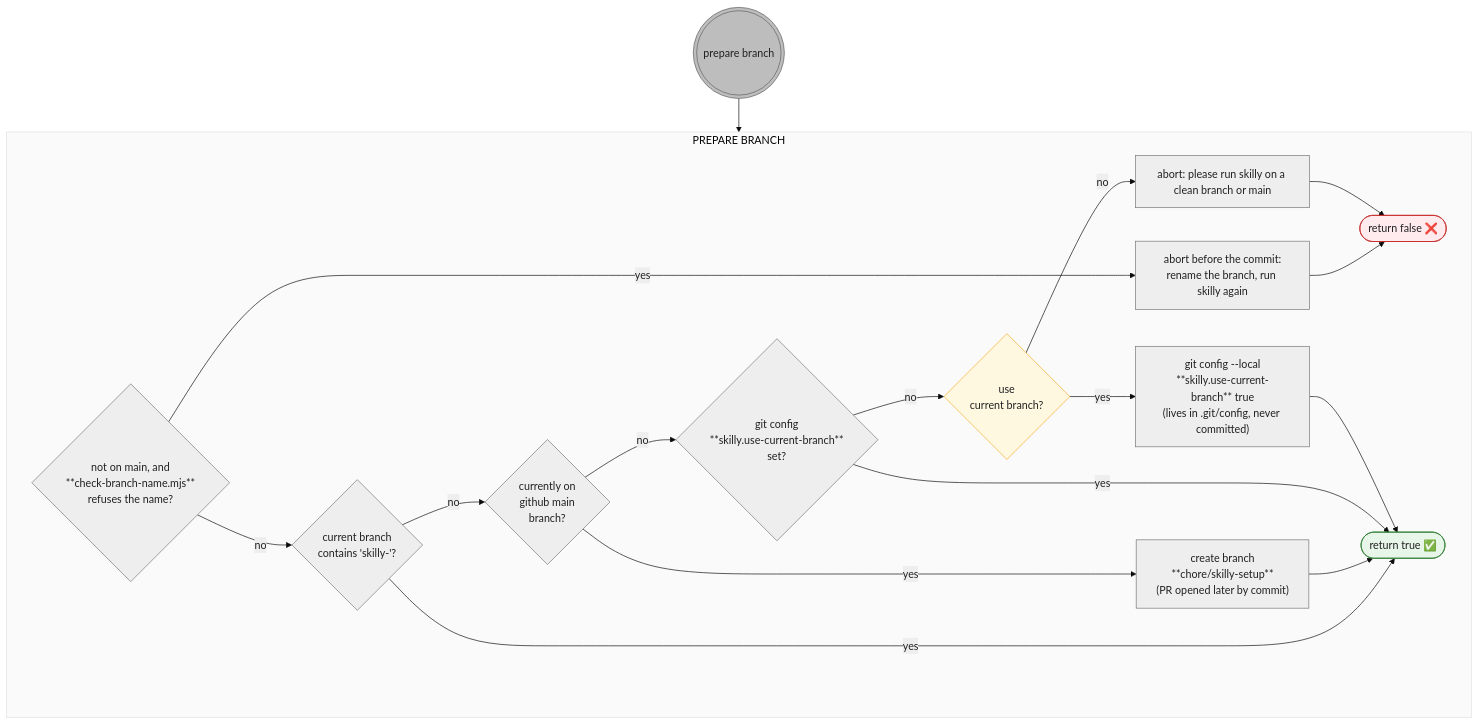
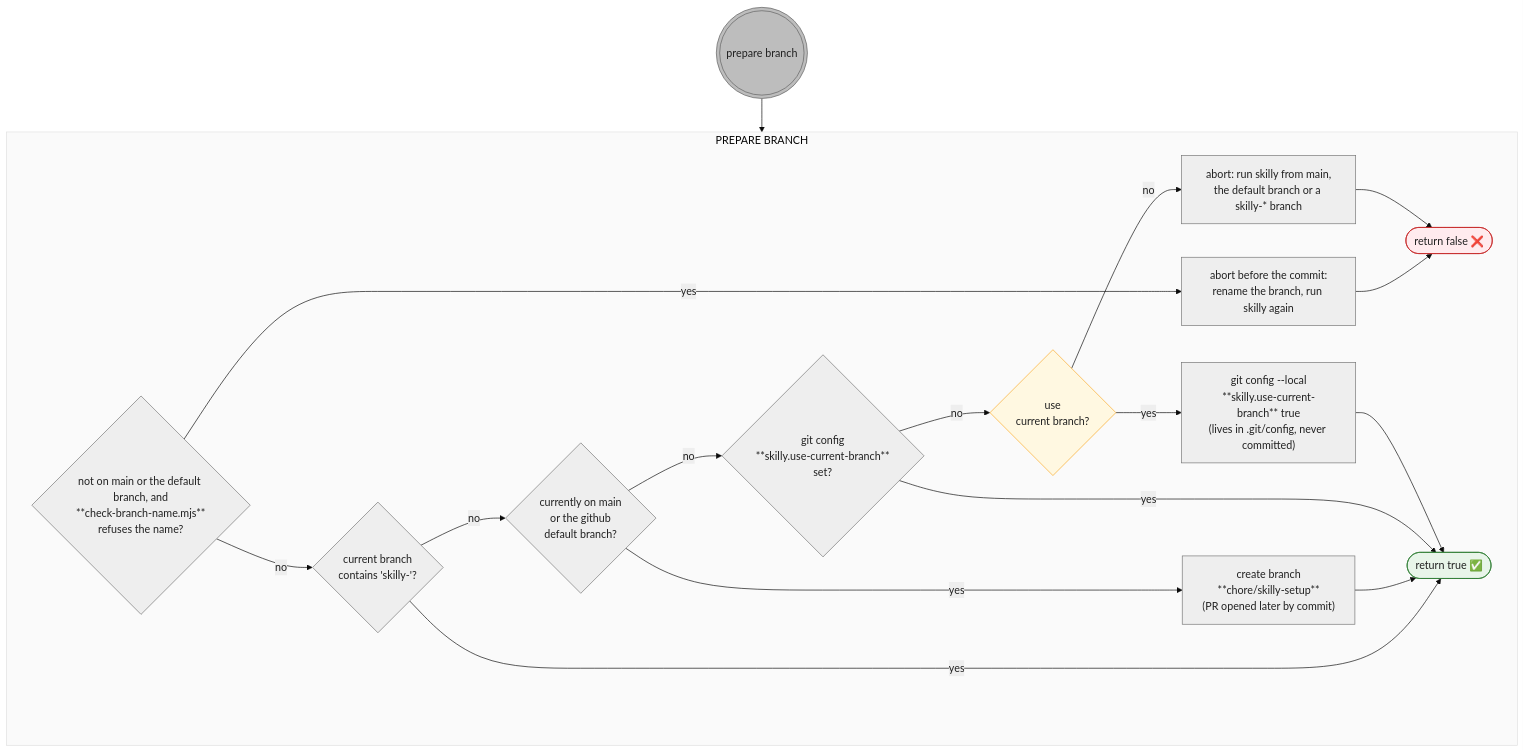
One commit to timschoch/skilly changed the diagram in docs/prepare-branch.mmd. Above: the diagram before and after it, drawn with Mermaid. The commit also changed 29 other files, not shown here.

First line of the commit message:
fix(workflow): read the default branch from GitHub, never assume main (#187)

```diff
--- a/docs/prepare-branch.mmd
+++ b/docs/prepare-branch.mmd
@@ -1,54 +1,54 @@
 ---
 config:
   theme: base
   themeVariables:
     primaryColor: "#eeeeee"
     primaryBorderColor: "#757575"
     primaryTextColor: "#212121"
     clusterBkg: "#fafafa"
     clusterBorder: "#e0e0e0"
 ---
 flowchart TD
     %% shapes: ((( ))) entry point · [/ \] user action (blue) · [ ] script action (gray) · { } decision (amber) · ([ ]) state (green)
 
     ENTER-EB((("prepare branch"))) --> EB
     subgraph EB["PREPARE BRANCH"]
-        EBQ-NAME{"not on main, and<br>**check-branch-name.mjs**<br>refuses the name?"}
+        EBQ-NAME{"not on main or the default branch, and<br>**check-branch-name.mjs**<br>refuses the name?"}
             EBQ-NAME -->|yes| EB-NAME-ABORT["abort before the commit:<br>rename the branch, run skilly again"] --> EB-FALSE
             EBQ-NAME -->|no| EBQ1
 
         EBQ1{"current branch<br>contains 'skilly-'?"}
             EBQ1 -->|yes| EB-TRUE
             EBQ1 -->|no| EBQ-MAIN
 
-            EBQ-MAIN{"currently on<br>github main<br>branch?"}
+            EBQ-MAIN{"currently on main<br>or the github<br>default branch?"}
                 EBQ-MAIN -->|yes| EB-CREATE["create branch<br>**chore/skilly-setup**<br>(PR opened later by commit)"] --> EB-TRUE
                 EBQ-MAIN -->|no| EBQ-CFG
 
             EBQ-CFG{"git config<br>**skilly.use-current-branch**<br>set?"}
                 EBQ-CFG -->|yes| EB-TRUE
                 EBQ-CFG -->|no| EBQ3
 
                 EBQ3{"use<br>current branch?"}
                     EBQ3 -->|yes| EB-SET-CFG
                     EBQ3 -->|no| EB-ABORT
                     EB-SET-CFG["git config --local<br>**skilly.use-current-branch** true<br>(lives in .git/config, never committed)"] --> EB-TRUE
 
         EB-TRUE(["return true ✅"])
-        EB-ABORT["abort: please run skilly on a clean branch or main"] --> EB-FALSE
+        EB-ABORT["abort: run skilly from main,<br>the default branch or a skilly-* branch"] --> EB-FALSE
         EB-FALSE(["return false ❌"])
     end
 
 
     %% EBQ-NAME/EBQ1/EBQ-MAIN/EBQ-CFG are script checks -> default gray, not amber
     classDef decision fill:#fff8e1,stroke:#f9a825
     class EBQ3 decision
 
     classDef entry fill:#bdbdbd,stroke:#616161
     class ENTER-EB entry
 
     classDef ok fill:#e8f5e9,stroke:#2e7d32
     class EB-TRUE ok
 
     classDef fail fill:#ffebee,stroke:#c62828
     class EB-FALSE fail
```
